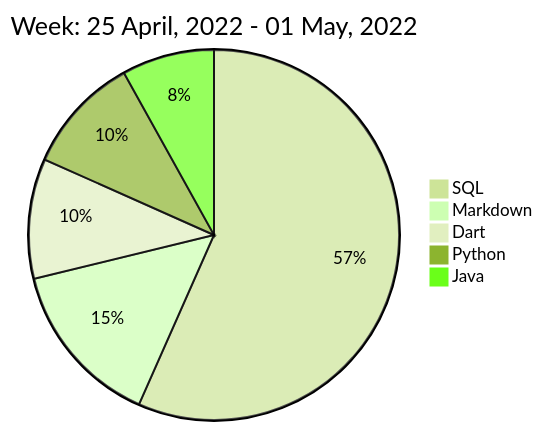
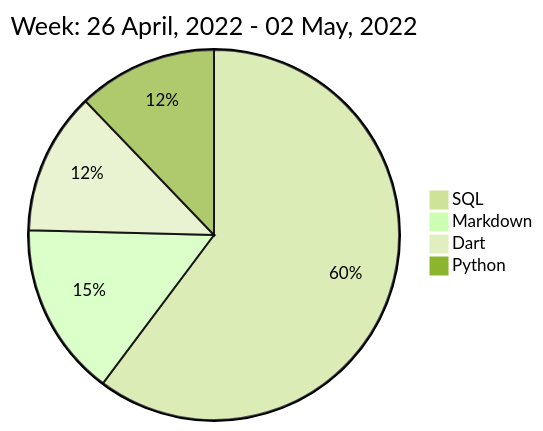
The diagram in README.md (liubin95/liubin95), drawn with Mermaid (forest theme) before and after one commit.

Commit message:
Updated the Graph with new Metrics

````diff
--- a/README.md
+++ b/README.md
@@ -40,9 +40,8 @@
 ```mermaid
  pie
-title Week: 25 April, 2022 - 01 May, 2022
- "SQL" : 8.28
- "Markdown" : 2.13
+title Week: 26 April, 2022 - 02 May, 2022
+ "SQL" : 7.42
+ "Markdown" : 1.87
  "Dart" : 1.53
  "Python" : 1.5
- "Java" : 1.18
 ```
````
